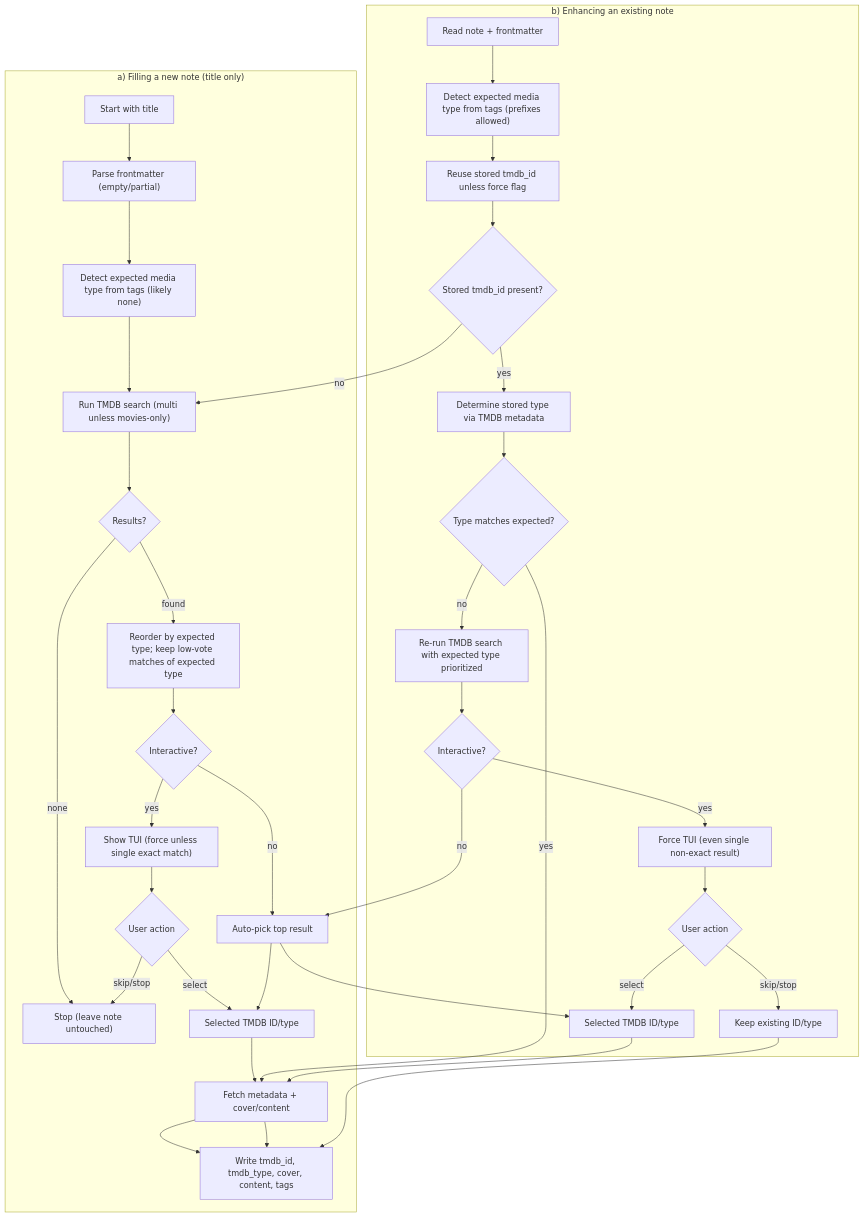
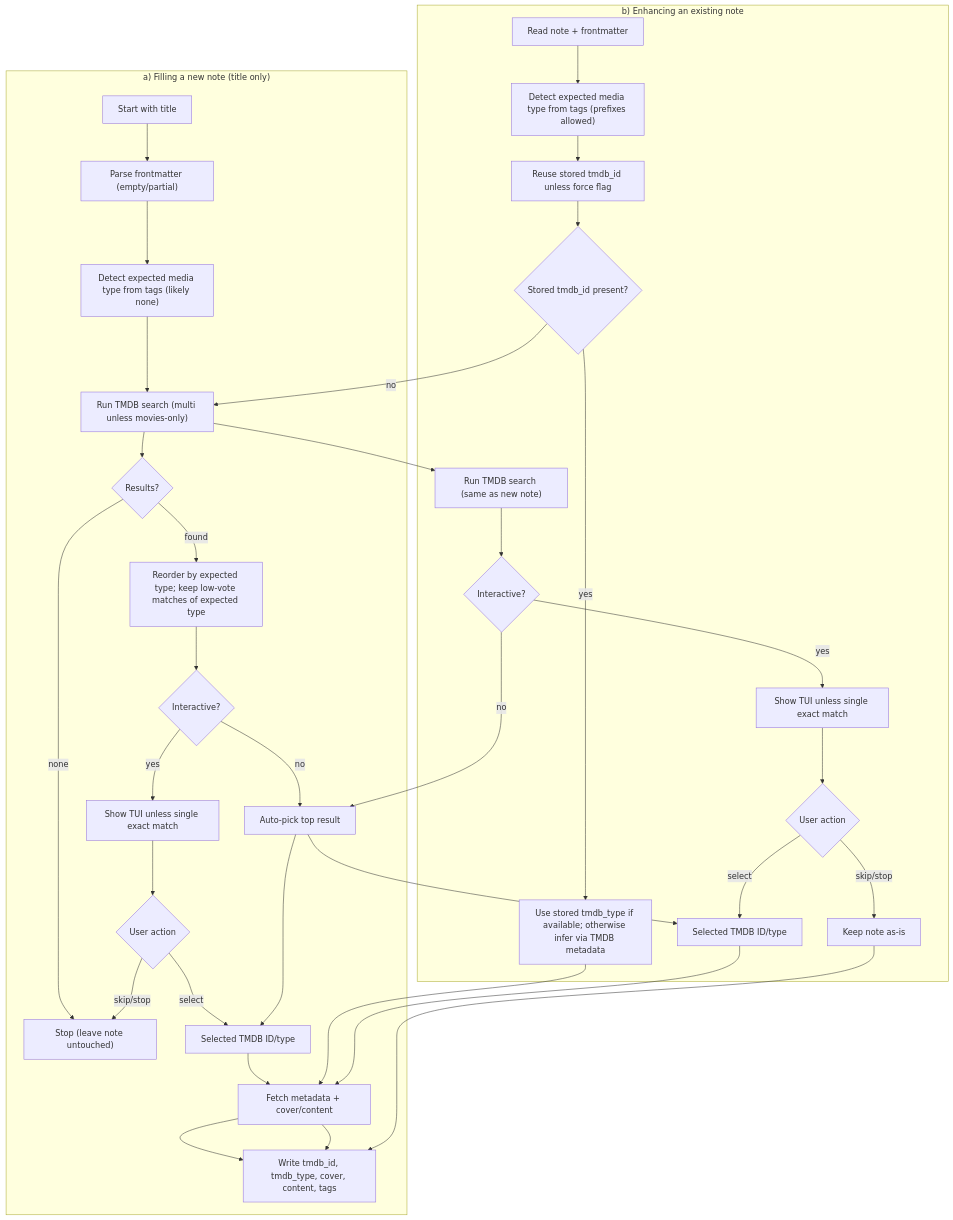
Before and after one commit to lepinkainen/hermes: the diagram in docs/tmdb_enrichment_flow.md, drawn with Mermaid. The commit also changed 8 other files, not shown here.

````diff
--- a/docs/tmdb_enrichment_flow.md
+++ b/docs/tmdb_enrichment_flow.md
@@ -3,43 +3,42 @@
 ```mermaid
 flowchart TD
   %% New note ingestion (title only)
   subgraph NewNote["a) Filling a new note (title only)"]
     A["Start with title"] --> B["Parse frontmatter (empty/partial)"]
     B --> C["Detect expected media type from tags (likely none)"]
     C --> D["Run TMDB search (multi unless movies-only)"]
     D --> E{Results?}
     E -->|none| F["Stop (leave note untouched)"]
     E -->|found| G["Reorder by expected type; keep low-vote matches of expected type"]
     G --> H{Interactive?}
-    H -->|yes| I["Show TUI (force unless single exact match)"]
+    H -->|yes| I["Show TUI unless single exact match"]
     H -->|no| J["Auto-pick top result"]
     I --> K{User action}
     K -->|select| L["Selected TMDB ID/type"]
     K -->|skip/stop| F
     J --> L
     L --> M["Fetch metadata + cover/content"]
     M --> N["Write tmdb_id, tmdb_type, cover, content, tags"]
   end
 
   %% Enhancing an existing note
   subgraph EnhanceNote["b) Enhancing an existing note"]
     A2["Read note + frontmatter"] --> B2["Detect expected media type from tags (prefixes allowed)"]
     B2 --> C2["Reuse stored tmdb_id unless force flag"]
     C2 --> D2{Stored tmdb_id present?}
+    D2 -->|yes| E2["Use stored tmdb_type if available; otherwise infer via TMDB metadata"]
     D2 -->|no| D
-    D2 -->|yes| E2["Determine stored type via TMDB metadata"]
-    E2 --> F2{Type matches expected?}
-    F2 -->|yes| M
-    F2 -->|no| G2["Re-run TMDB search with expected type prioritized"]
+    E2 --> M
+    D --> G2["Run TMDB search (same as new note)"]
     G2 --> H2{Interactive?}
-    H2 -->|yes| I2["Force TUI (even single non-exact result)"]
+    H2 -->|yes| I2["Show TUI unless single exact match"]
     H2 -->|no| J
     I2 --> K2{User action}
     K2 -->|select| L2["Selected TMDB ID/type"]
-    K2 -->|skip/stop| M2["Keep existing ID/type"]
+    K2 -->|skip/stop| M2["Keep note as-is"]
     J --> L2
     L2 --> M
     M --> N
     M2 --> N
   end
 ```
````
